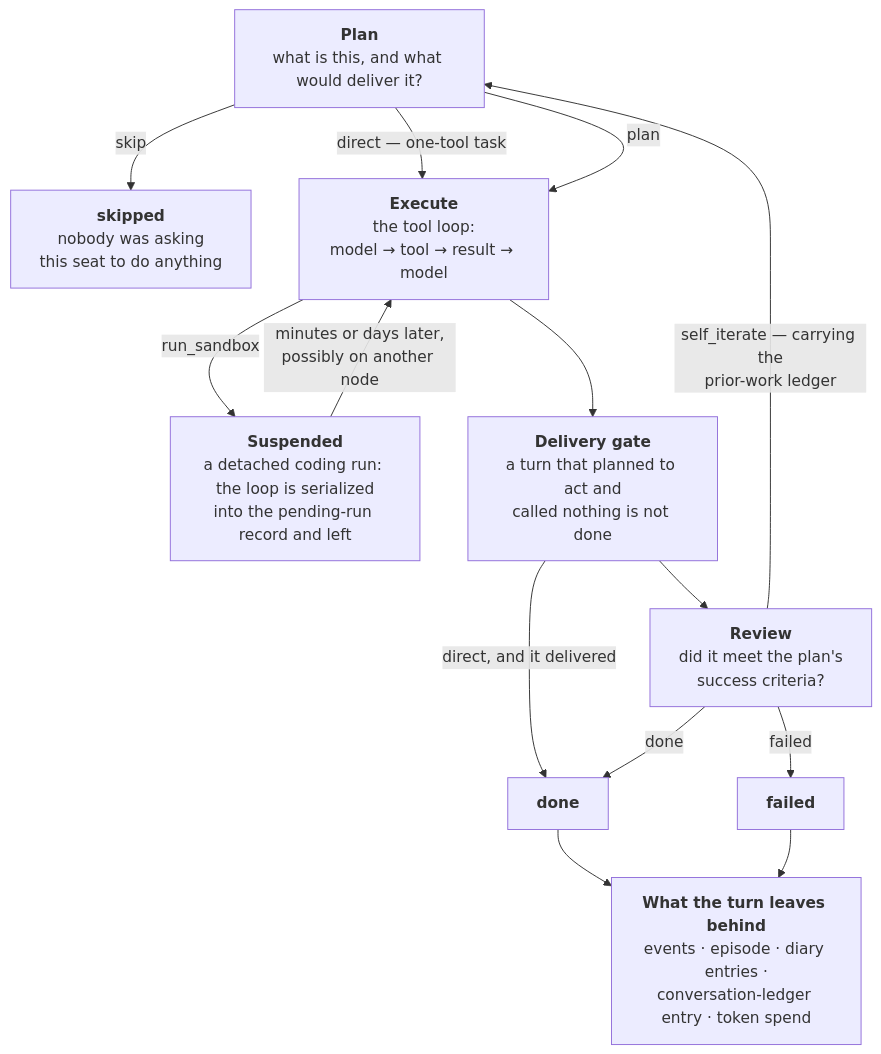
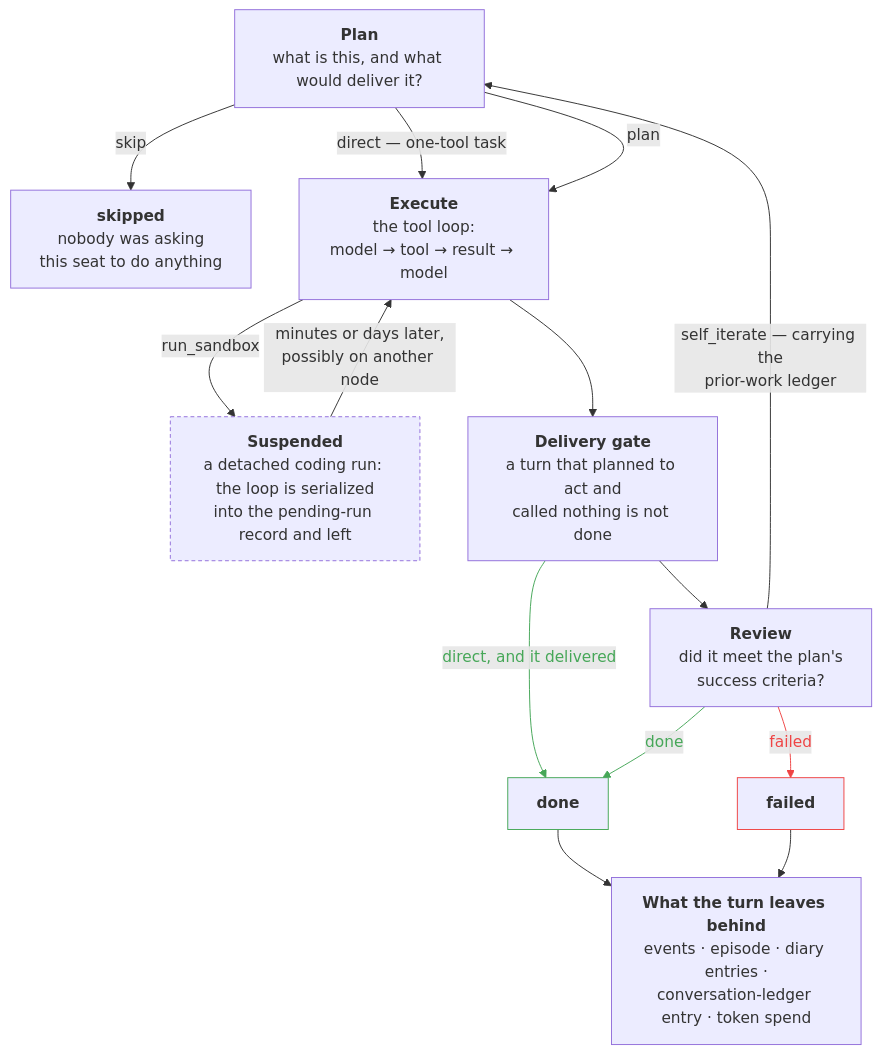
The eighth of 10 diagrams in docs/concepts/architecture.md (crewlet/crewlet), drawn with Mermaid before and after one commit. The commit also changed 2 other files, not shown here.

Commit message:
Merge pull request #63 from crewlet/docs/diagram-semantic-colour
docs: colour the branches that carry a meaning

````diff
--- a/docs/concepts/architecture.md
+++ b/docs/concepts/architecture.md
@@ -389,26 +389,35 @@
 ```mermaid
 flowchart TB
     PLAN["<b>Plan</b><br/>what is this, and what would deliver it?"]
     SKIP["<b>skipped</b><br/>nobody was asking<br/>this seat to do anything"]
     EXEC["<b>Execute</b><br/>the tool loop:<br/>model → tool → result → model"]
     SUSP["<b>Suspended</b><br/>a detached coding run: the loop is serialized<br/>into the pending-run record and left"]
     REV["<b>Review</b><br/>did it meet the plan's<br/>success criteria?"]
     GATE["<b>Delivery gate</b><br/>a turn that planned to act and<br/>called nothing is not done"]
     DONE["<b>done</b>"]
     FAIL["<b>failed</b>"]
     AFTER["<b>What the turn leaves behind</b><br/>events · episode · diary entries ·<br/>conversation-ledger entry · token spend"]
 
     PLAN -->|skip| SKIP
     PLAN -->|"direct — one-tool task"| EXEC
     PLAN -->|plan| EXEC
     EXEC -->|run_sandbox| SUSP
     SUSP -->|"minutes or days later,<br/>possibly on another node"| EXEC
     EXEC --> GATE
     GATE -->|"direct, and it delivered"| DONE
     GATE --> REV
     REV -->|done| DONE
     REV -->|"self_iterate — carrying the<br/>prior-work ledger"| PLAN
     REV -->|failed| FAIL
     DONE --> AFTER
     FAIL --> AFTER
+
+    DONE:::ok
+    FAIL:::danger
+    SUSP:::happens
+    classDef ok stroke:#46a758
+    classDef danger stroke:#ef4444
+    classDef happens stroke-dasharray:4 3
+    linkStyle 6,8 stroke:#46a758,color:#46a758
+    linkStyle 10 stroke:#ef4444,color:#ef4444
 ```
````
